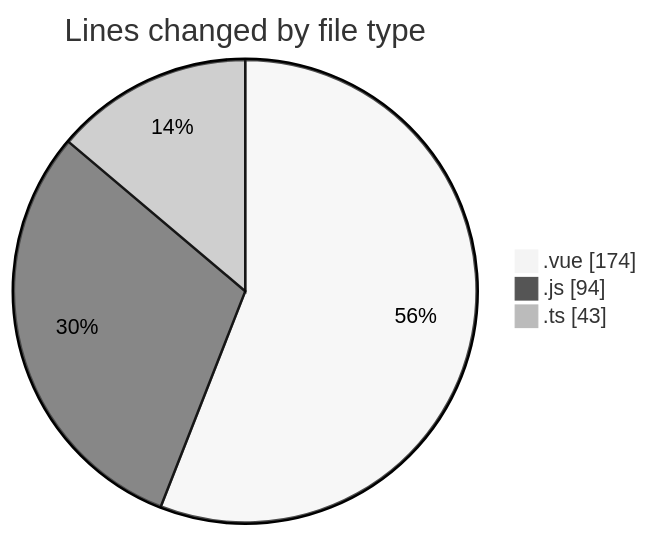
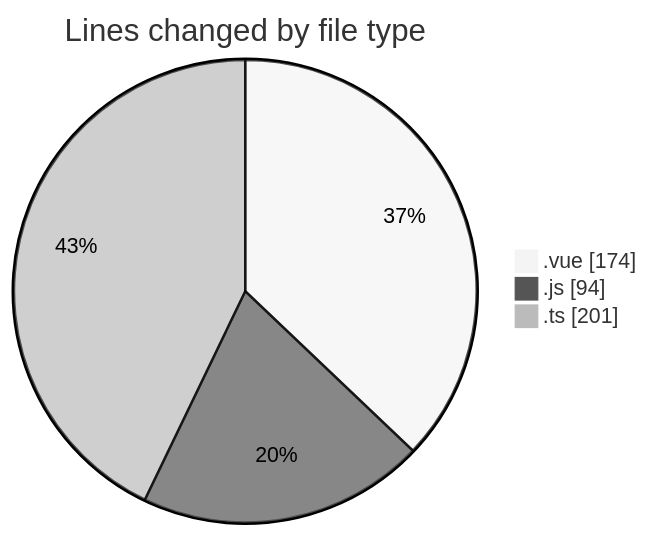
One commit to lephambinh05/code-tracking changed the first of 2 diagrams in 2025-08-12/rentotp/README.md. Above: the diagram before and after it, drawn with Mermaid (neutral theme). The commit also changed other lines of this file and 1 other file, not shown here.

````diff
--- a/2025-08-12/rentotp/README.md
+++ b/2025-08-12/rentotp/README.md
@@ -22,7 +23,7 @@
 ```mermaid
 pie showData
 title Lines changed by file type
 ".vue" : 174
 ".js" : 94
-".ts" : 43
+".ts" : 201
 ```
````
